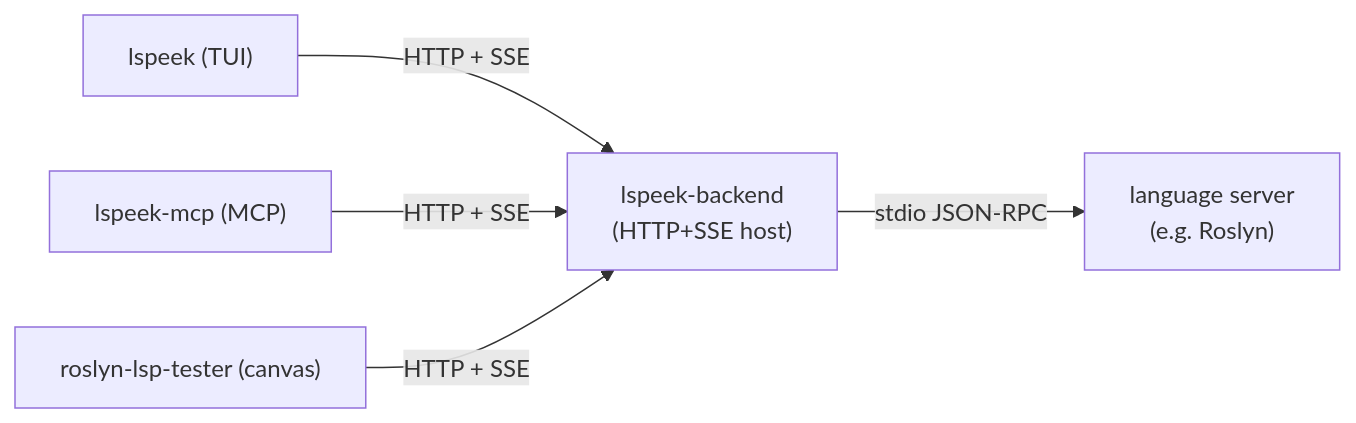
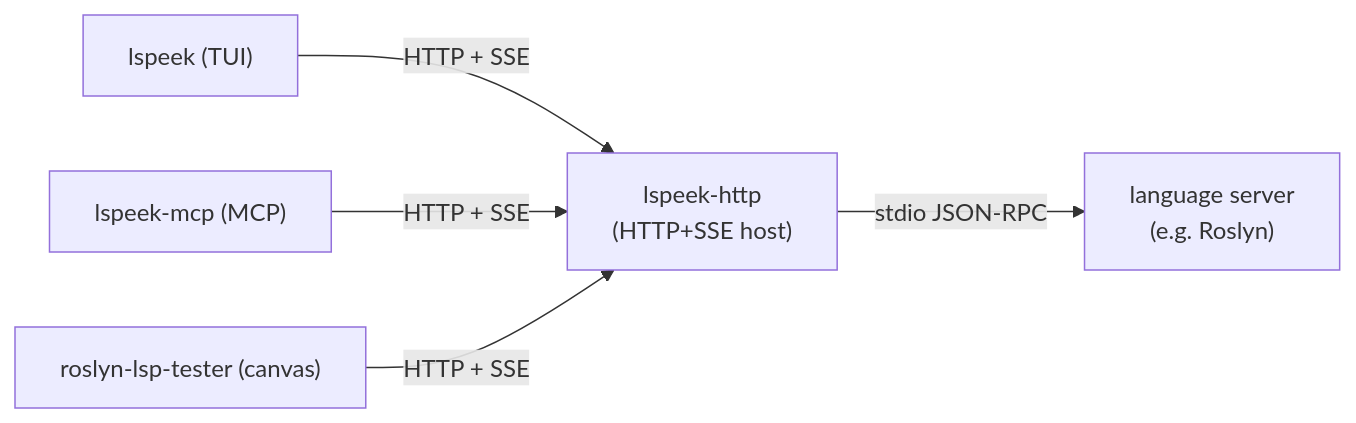
Before and after one commit to dibarbet/lspeek: the diagram in README.md, drawn with Mermaid. The commit also changed other lines of this file and 10 other files, not shown here.

First line of the commit message:
Rename lspeek-backend tool to lspeek-http

````diff
--- a/README.md
+++ b/README.md
@@ -21,7 +21,7 @@
 ```mermaid
 flowchart LR
     TUI["lspeek (TUI)"] -->|HTTP + SSE| BE
     MCP["lspeek-mcp (MCP)"] -->|HTTP + SSE| BE
     CANVAS["roslyn-lsp-tester (canvas)"] -->|HTTP + SSE| BE
-    BE["lspeek-backend<br/>(HTTP+SSE host)"] -->|stdio JSON-RPC| LSP["language server<br/>(e.g. Roslyn)"]
+    BE["lspeek-http<br/>(HTTP+SSE host)"] -->|stdio JSON-RPC| LSP["language server<br/>(e.g. Roslyn)"]
 ```
````
